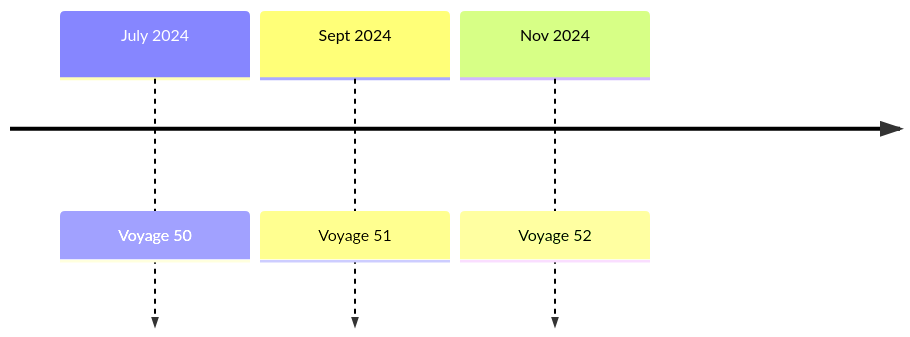
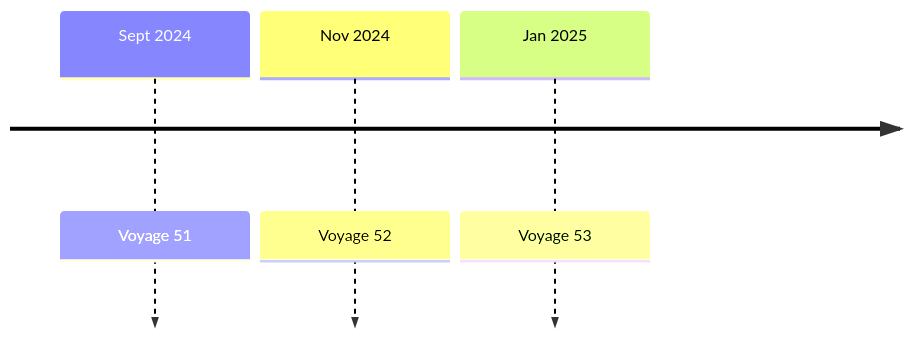
The diagram in docs/guides/voyage/voyage.md (chingu-voyages/Handbook), drawn with Mermaid before and after one commit. The commit also changed other lines of this file, not shown here.

Commit message:
Feature: Add Voyage 53 schedule

````diff
--- a/docs/guides/voyage/voyage.md
+++ b/docs/guides/voyage/voyage.md
@@ -19,6 +19,6 @@
 ```mermaid
   timeline
-    July 2024 : Voyage 50
     Sept 2024 : Voyage 51
     Nov 2024 : Voyage 52
+    Jan 2025 : Voyage 53
 ```
````
